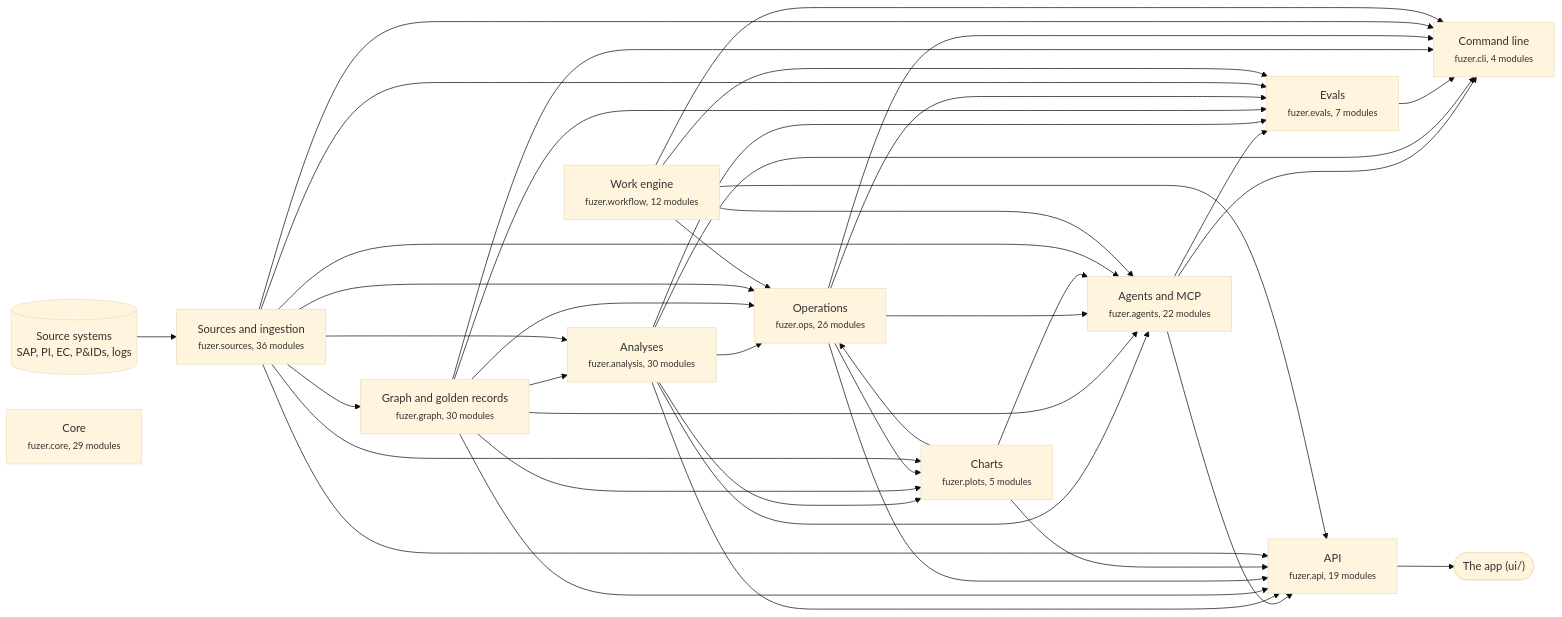
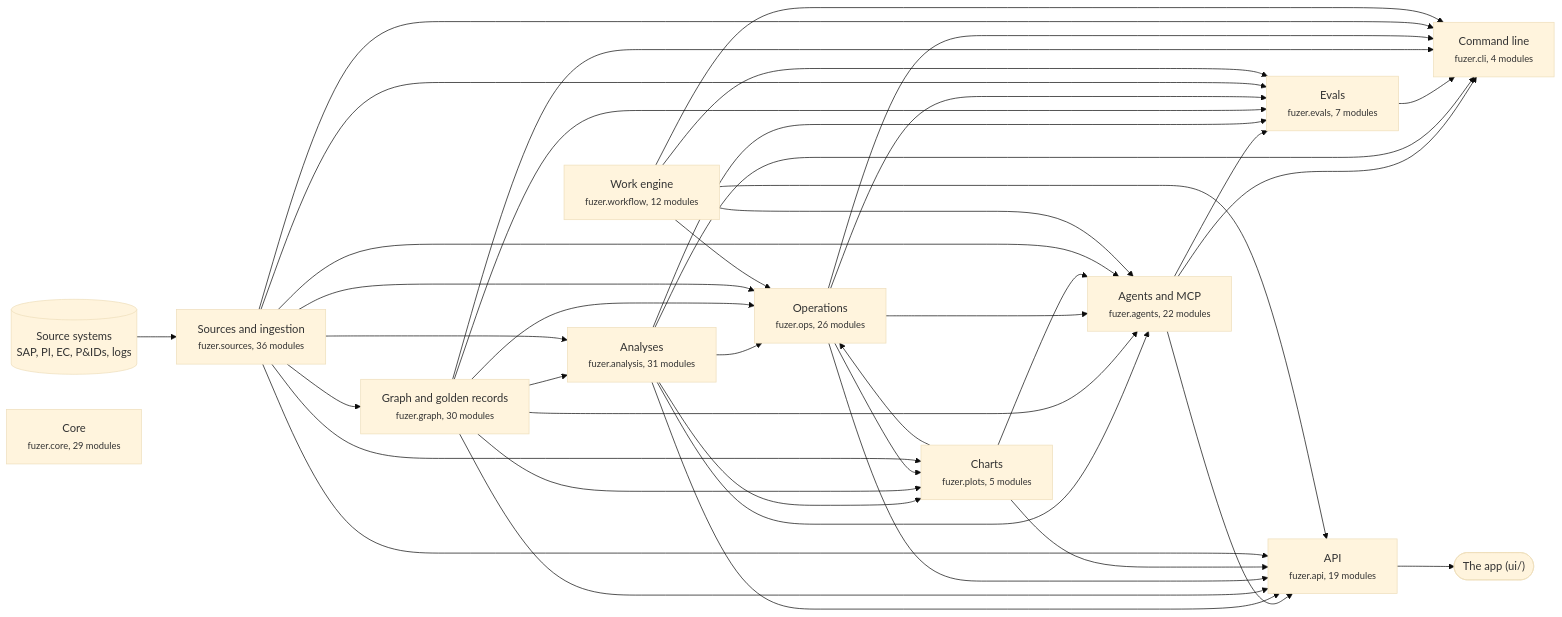
Before and after one commit to areed145/fuzer: the first of 3 diagrams in docs/architecture.md, drawn with Mermaid (base theme). The commit also changed other lines of this file and 14 other files, not shown here.

````diff
--- a/docs/architecture.md
+++ b/docs/architecture.md
@@ -8,66 +8,66 @@
 ```mermaid
 flowchart LR
   systems[("Source systems<br>SAP, PI, EC, P&IDs, logs")] --> c_sources
   app(["The app (ui/)"])
   c_api --> app
   c_sources["Sources and ingestion<br><small>fuzer.sources, 36 modules</small>"]
   c_graph["Graph and golden records<br><small>fuzer.graph, 30 modules</small>"]
-  c_analysis["Analyses<br><small>fuzer.analysis, 30 modules</small>"]
+  c_analysis["Analyses<br><small>fuzer.analysis, 31 modules</small>"]
   c_ops["Operations<br><small>fuzer.ops, 26 modules</small>"]
   c_plots["Charts<br><small>fuzer.plots, 5 modules</small>"]
   c_workflow["Work engine<br><small>fuzer.workflow, 12 modules</small>"]
   c_agents["Agents and MCP<br><small>fuzer.agents, 22 modules</small>"]
   c_evals["Evals<br><small>fuzer.evals, 7 modules</small>"]
   c_api["API<br><small>fuzer.api, 19 modules</small>"]
   c_cli["Command line<br><small>fuzer.cli, 4 modules</small>"]
   c_core["Core<br><small>fuzer.core, 29 modules</small>"]
   c_sources --> c_graph
   c_graph --> c_analysis
   c_sources --> c_analysis
   c_analysis --> c_ops
   c_graph --> c_ops
   c_plots --> c_ops
   c_sources --> c_ops
   c_workflow --> c_ops
   c_analysis --> c_plots
   c_graph --> c_plots
   c_ops --> c_plots
   c_sources --> c_plots
   c_analysis --> c_agents
   c_graph --> c_agents
   c_ops --> c_agents
   c_plots --> c_agents
   c_sources --> c_agents
   c_workflow --> c_agents
   c_agents --> c_evals
   c_analysis --> c_evals
   c_graph --> c_evals
   c_ops --> c_evals
   c_sources --> c_evals
   c_workflow --> c_evals
   c_agents --> c_api
   c_analysis --> c_api
   c_graph --> c_api
   c_ops --> c_api
   c_plots --> c_api
   c_sources --> c_api
   c_workflow --> c_api
   c_agents --> c_cli
   c_analysis --> c_cli
   c_evals --> c_cli
   c_graph --> c_cli
   c_ops --> c_cli
   c_sources --> c_cli
   c_workflow --> c_cli
   click c_sources "https://github.com/areed145/fuzer/tree/main/src/fuzer/sources"
   click c_graph "https://github.com/areed145/fuzer/tree/main/src/fuzer/graph"
   click c_analysis "https://github.com/areed145/fuzer/tree/main/src/fuzer/analysis"
   click c_ops "https://github.com/areed145/fuzer/tree/main/src/fuzer/ops"
   click c_plots "https://github.com/areed145/fuzer/tree/main/src/fuzer/plots"
   click c_workflow "https://github.com/areed145/fuzer/tree/main/src/fuzer/workflow"
   click c_agents "https://github.com/areed145/fuzer/tree/main/src/fuzer/agents"
   click c_evals "https://github.com/areed145/fuzer/tree/main/src/fuzer/evals"
   click c_api "https://github.com/areed145/fuzer/tree/main/src/fuzer/api"
   click c_cli "https://github.com/areed145/fuzer/tree/main/src/fuzer/cli"
   click c_core "https://github.com/areed145/fuzer/tree/main/src/fuzer/core"
 ```
````
